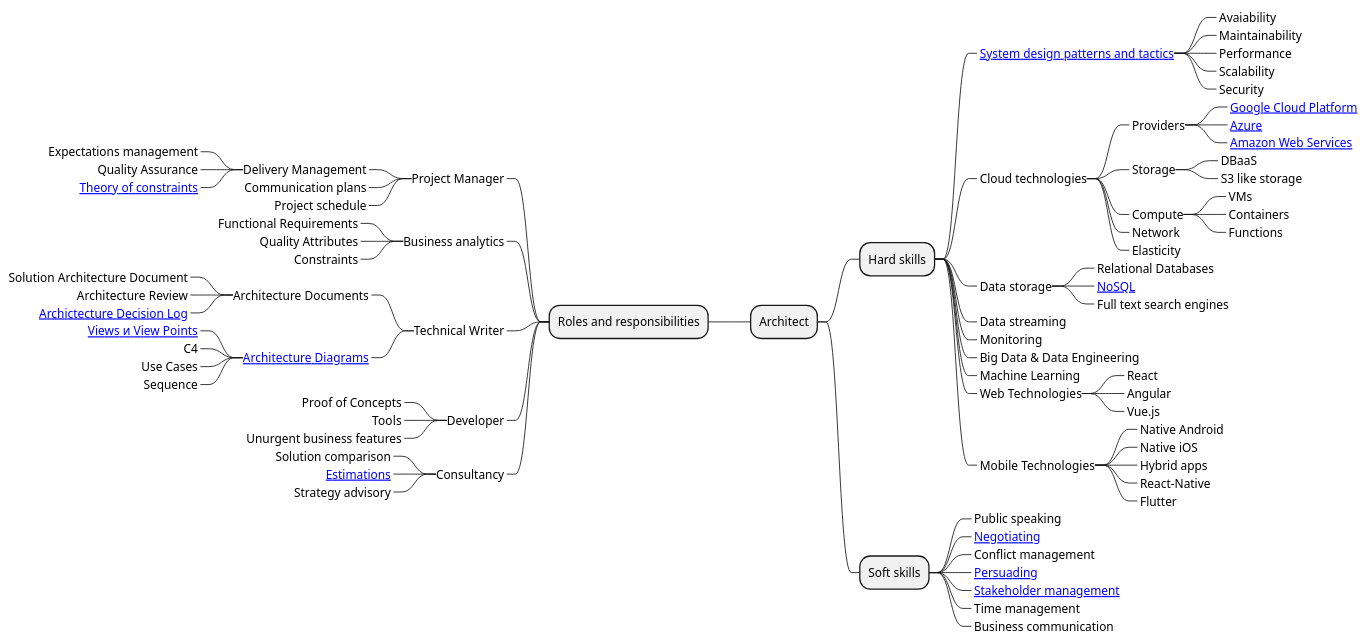
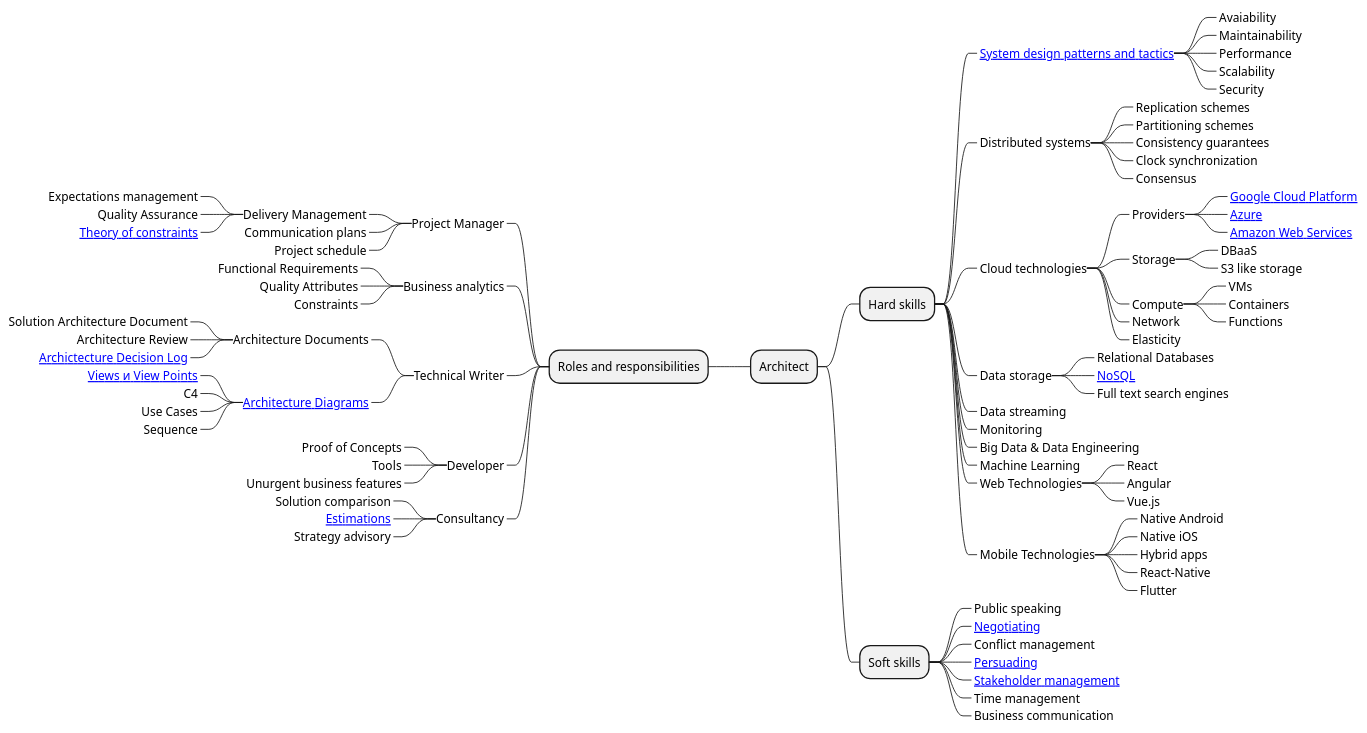
Before and after one commit to vvsevolodovich/solution-architect-roadmap: the diagram in roadmap-en.puml, drawn with PlantUML. The commit also changed other lines of this file, not shown here.

Commit message:
Add distributed systems items

```diff
--- a/roadmap-en.puml
+++ b/roadmap-en.puml
@@ -1,87 +1,93 @@
 @startmindmap
 * Architect
 
 right side
 
 ** Hard skills
 ***_ [[https://www.amazon.com/Software-Architecture-Practice-3rd-Engineering/dp/0321815734 System design patterns and tactics]]
 ****_ Avaiability
 ****_ Maintainability
 ****_ Performance
 ****_ Scalability
 ****_ Security
+***_ Distributed systems
+****_ Replication schemes
+****_ Partitioning schemes
+****_ Consistency guarantees
+****_ Clock synchronization
+****_ Consensus
 ***_ Cloud technologies
 ****_ Providers
 *****_ [[https://cloud.google.com/gcp Google Cloud Platform]]
 *****_ [[https://azure.microsoft.com/en-us/ Azure]]
 *****_ [[https://aws.amazon.com/ Amazon Web Services]]
 ****_ Storage
 *****_ DBaaS
 *****_ S3 like storage
 ****_ Compute
 *****_ VMs
 *****_ Containers
 *****_ Functions
 ****_ Network
 ****_ Elasticity
 ***_ Data storage
 ****_ Relational Databases
 ****_ [[https://martinfowler.com/books/nosql.html NoSQL]]
 ****_ Full text search engines
 ***_ Data streaming
 ***_ Monitoring
 ***_ Big Data & Data Engineering
 ***_ Machine Learning
 ***_ Web Technologies
 ****_ React
 ****_ Angular
 ****_ Vue.js
 ***_ Mobile Technologies
 ****_ Native Android
 ****_ Native iOS
 ****_ Hybrid apps
 ****_ React-Native
 ****_ Flutter
 
 ** Soft skills
 ***_ Public speaking
 ***_ [[https://www.coursera.org/learn/negotiation-skills Negotiating]]
 ***_ Conflict management
 ***_ [[https://www.youtube.com/watch?v=cFdCzN7RYbw Persuading]]
 ***_ [[https://www.amazon.com/Practical-Project-Stakeholder-Management-Comprehensive/dp/1549517929 Stakeholder management]]
 ***_ Time management
 ***_ Business communication
 
 left side
 
 ** Roles and responsibilities
 ***_ Project Manager
 ****_ Delivery Management
 *****_ Expectations management
 *****_ Quality Assurance
 *****_ [[https://en.wikipedia.org/wiki/Theory_of_constraints Theory of constraints]]
 ****_ Communication plans
 ****_ Project schedule
 ***_ Business analytics
 ****_ Functional Requirements
 ****_ Quality Attributes
 ****_ Constraints
 ***_ Technical Writer
 ****_ Architecture Documents
 *****_ Solution Architecture Document
 *****_ Architecture Review
 *****_ [[https://github.com/joelparkerhenderson/architecture-decision-record Archictecture Decision Log]]
 ****_ [[https://vvsevolodovich.dev/5-diagrams-to-document-software-architecture/ Architecture Diagrams]]
 *****_ [[https://www.amazon.com/Documenting-Software-Architectures-Views-Beyond/dp/0321552687 Views и View Points]]
 *****_ C4
 *****_ Use Cases
 *****_ Sequence
 ***_ Developer
 ****_ Proof of Concepts
 ****_ Tools
 ****_ Unurgent business features
 ***_ Consultancy
 ****_ Solution comparison
 ****_ [[https://vvsevolodovich.dev/how-to-estimate-software-projects-chapter-1/ Estimations]]
 ****_ Strategy advisory
 @endmindmap
```
